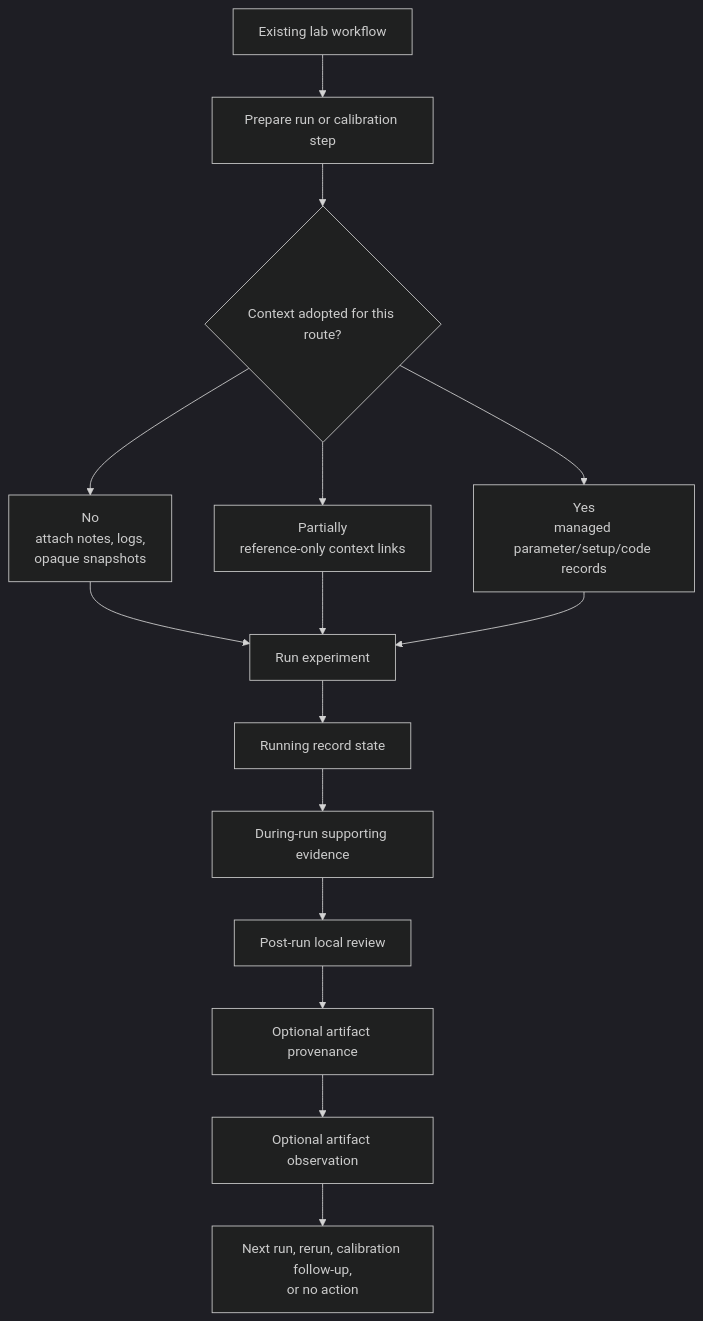
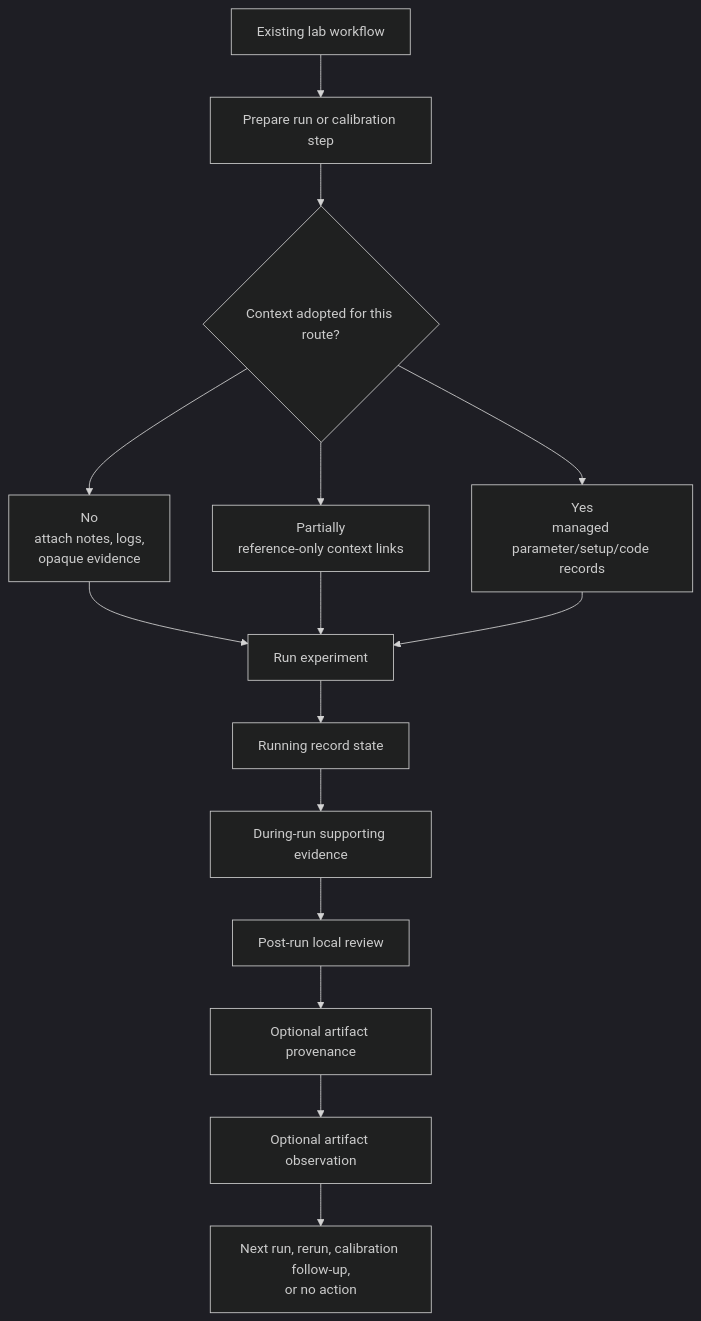
The second of 3 diagrams in docs/discovery/synthesis/measurement-context-workflow-review-strategy.md (kahojyun/scopecat), drawn with Mermaid (dark theme) before and after one commit. The commit also changed other lines of this file and 7 other files, not shown here.

````diff
--- a/docs/discovery/synthesis/measurement-context-workflow-review-strategy.md
+++ b/docs/discovery/synthesis/measurement-context-workflow-review-strategy.md
@@ -50,20 +54,20 @@
 ```mermaid
 flowchart TD
   A["Existing lab workflow"] --> B["Prepare run or calibration step"]
   B --> C{"Context adopted for this route?"}
 
-  C --> C0["No\nattach notes, logs,\nopaque snapshots"]
+  C --> C0["No\nattach notes, logs,\nopaque evidence"]
   C --> C1["Partially\nreference-only context links"]
   C --> C2["Yes\nmanaged parameter/setup/code records"]
 
   C0 --> R["Run experiment"]
   C1 --> R
   C2 --> R
 
   R --> RR["Running record state"]
   RR --> E["During-run supporting evidence"]
   E --> PR["Post-run local review"]
   PR --> AP["Optional artifact provenance"]
   AP --> AO["Optional artifact observation"]
   AO --> N["Next run, rerun, calibration follow-up,\nor no action"]
 ```
````
